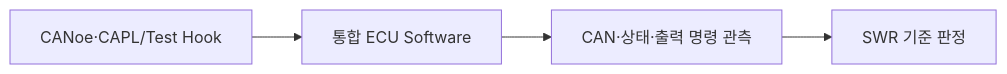
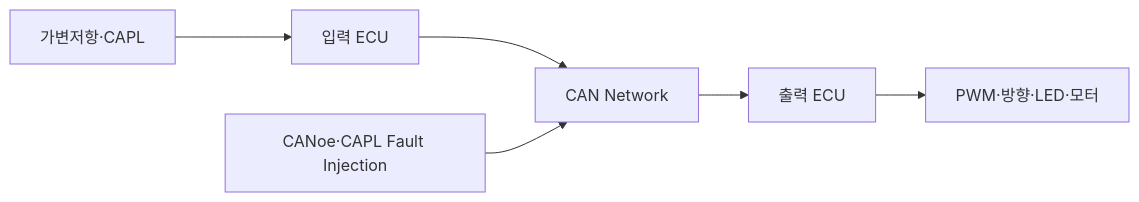
One commit to kwangil1245-code/ISO-26262-sbw changed the diagram in workproducts/07_System_Test.md. Above: the diagram before and after it, drawn with Mermaid. The commit also changed other lines of this file, not shown here.

````diff
--- a/workproducts/07_System_Test.md
+++ b/workproducts/07_System_Test.md
@@ -41,6 +32,8 @@
 ```mermaid
 flowchart LR
-    C["CANoe·CAPL/Test Hook"] --> E["통합 ECU Software"]
-    E --> O["CAN·상태·출력 명령 관측"]
-    O --> V["SWR 기준 판정"]
+    P["가변저항·CAPL"] --> I["입력 ECU"]
+    I --> C["CAN Network"]
+    X["CANoe·CAPL Fault Injection"] --> C
+    C --> O["출력 ECU"]
+    O --> A["PWM·방향·LED·모터"]
 ```
````
